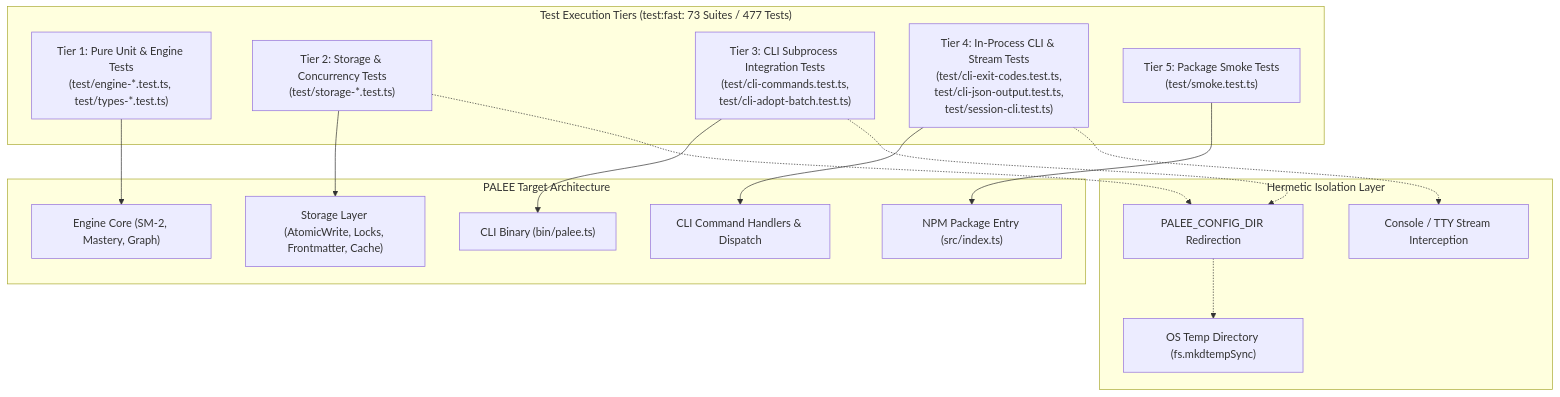
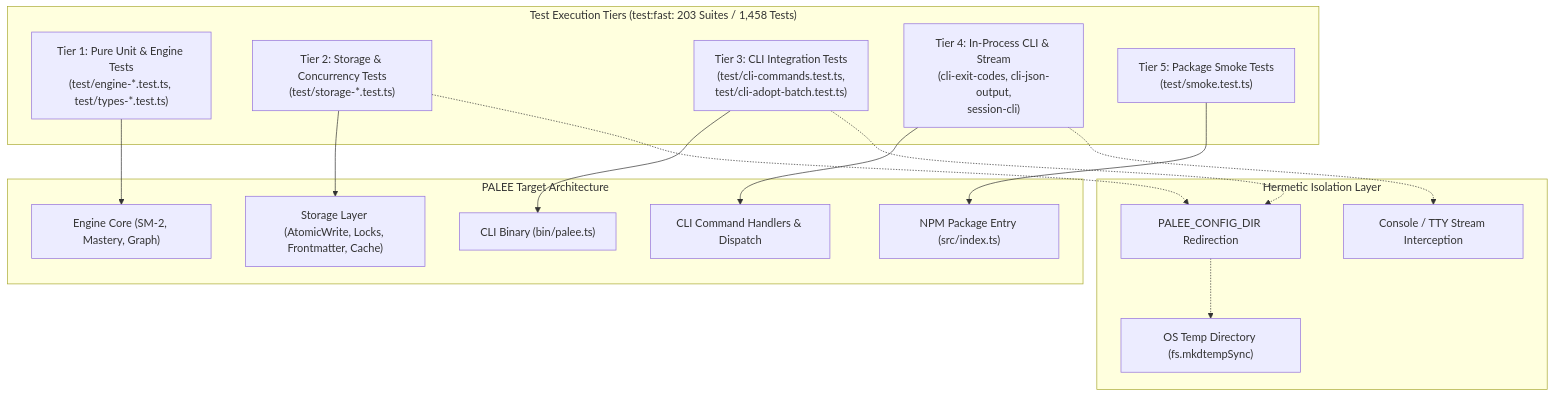
One commit to Kuldeep2822k/cli changed the diagram in docs/06-0-testing.md. Above: the diagram before and after it, drawn with Mermaid. The commit also changed other lines of this file and 77 other files, not shown here.

````diff
--- a/docs/06-0-testing.md
+++ b/docs/06-0-testing.md
@@ -119,34 +123,34 @@
 ```mermaid
 flowchart TD
     subgraph Isolation ["Hermetic Isolation Layer"]
         TempDir["OS Temp Directory (fs.mkdtempSync)"]
         EnvVar["PALEE_CONFIG_DIR Redirection"]
         StreamMock["Console / TTY Stream Interception"]
     end
 
-    subgraph TestTiers ["Test Execution Tiers (test:fast: 73 Suites / 477 Tests)"]
+    subgraph TestTiers ["Test Execution Tiers (test:fast: 203 Suites / 1,458 Tests)"]
         UT["Tier 1: Pure Unit & Engine Tests<br/>(test/engine-*.test.ts, test/types-*.test.ts)"]
         STG["Tier 2: Storage & Concurrency Tests<br/>(test/storage-*.test.ts)"]
-        IT["Tier 3: CLI Subprocess Integration Tests<br/>(test/cli-commands.test.ts,<br/>test/cli-adopt-batch.test.ts)"]
-        INP["Tier 4: In-Process CLI & Stream Tests<br/>(test/cli-exit-codes.test.ts,<br/>test/cli-json-output.test.ts,<br/>test/session-cli.test.ts)"]
+        IT["Tier 3: CLI Integration Tests<br/>(test/cli-commands.test.ts,<br/>test/cli-adopt-batch.test.ts)"]
+        INP["Tier 4: In-Process CLI & Stream<br/>(cli-exit-codes, cli-json-output,<br/>session-cli)"]
         SMK["Tier 5: Package Smoke Tests<br/>(test/smoke.test.ts)"]
     end
 
     subgraph PALEE ["PALEE Target Architecture"]
         Engine["Engine Core (SM-2, Mastery, Graph)"]
         Storage["Storage Layer (AtomicWrite, Locks, Frontmatter, Cache)"]
         CLI["CLI Command Handlers & Dispatch"]
         Bin["CLI Binary (bin/palee.ts)"]
         Pkg["NPM Package Entry (src/index.ts)"]
     end
 
     UT --> Engine
     STG --> Storage
     STG -.-> EnvVar
     IT --> Bin
     IT -.-> EnvVar
     INP --> CLI
     INP -.-> StreamMock
     SMK --> Pkg
     EnvVar -.-> TempDir
 ```
````
